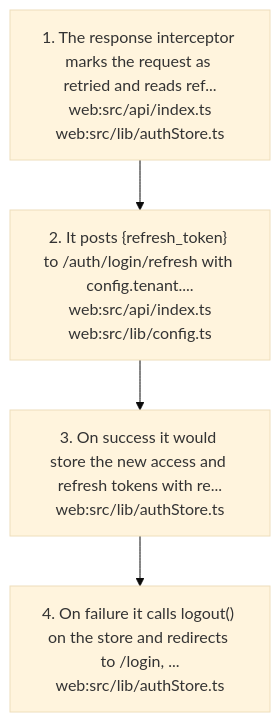
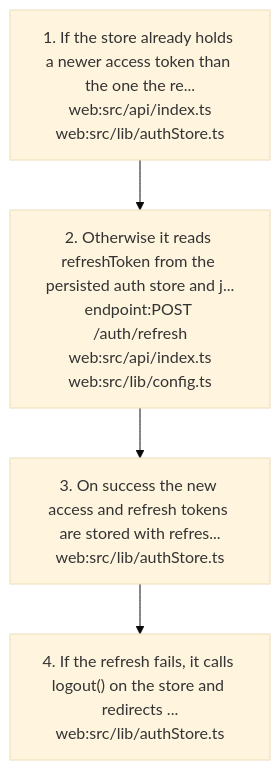
Before and after one commit to nerellasraj21/cos360_full_app: the seventh of 7 diagrams in docs/graph/views/platform.md, drawn with Mermaid (base theme). The commit also changed other lines of this file and 7 other files, not shown here.

First line of the commit message:
Fix web token refresh: correct path and one shared refresh

````diff
--- a/docs/graph/views/platform.md
+++ b/docs/graph/views/platform.md
@@ -244,10 +242,10 @@
 ```mermaid
 flowchart TD
-  s1["1. The response interceptor marks the request as retried and reads ref...<br/>web:src/api/index.ts<br/>web:src/lib/authStore.ts"]
-  s2["2. It posts {refresh_token} to /auth/login/refresh with config.tenant....<br/>web:src/api/index.ts<br/>web:src/lib/config.ts"]
+  s1["1. If the store already holds a newer access token than the one the re...<br/>web:src/api/index.ts<br/>web:src/lib/authStore.ts"]
+  s2["2. Otherwise it reads refreshToken from the persisted auth store and j...<br/>endpoint:POST /auth/refresh<br/>web:src/api/index.ts<br/>web:src/lib/config.ts"]
   s1 --> s2
-  s3["3. On success it would store the new access and refresh tokens with re...<br/>web:src/lib/authStore.ts"]
+  s3["3. On success the new access and refresh tokens are stored with refres...<br/>web:src/lib/authStore.ts"]
   s2 --> s3
-  s4["4. On failure it calls logout() on the store and redirects to /login, ...<br/>web:src/lib/authStore.ts"]
+  s4["4. If the refresh fails, it calls logout() on the store and redirects ...<br/>web:src/lib/authStore.ts"]
   s3 --> s4
 ```
````
